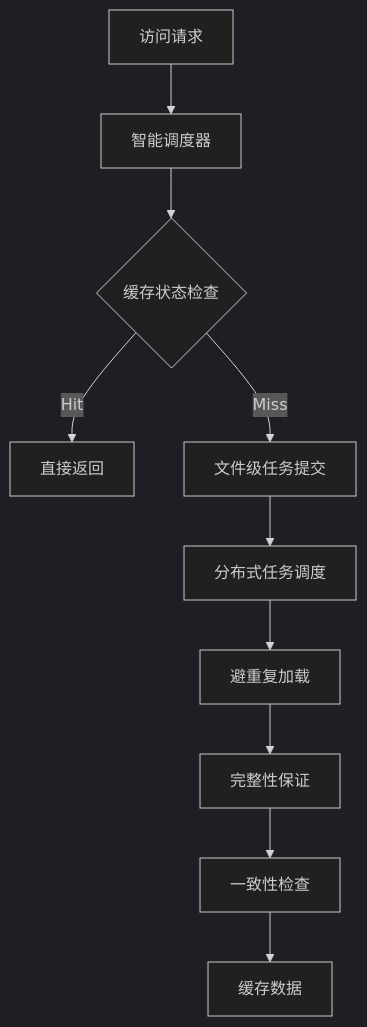
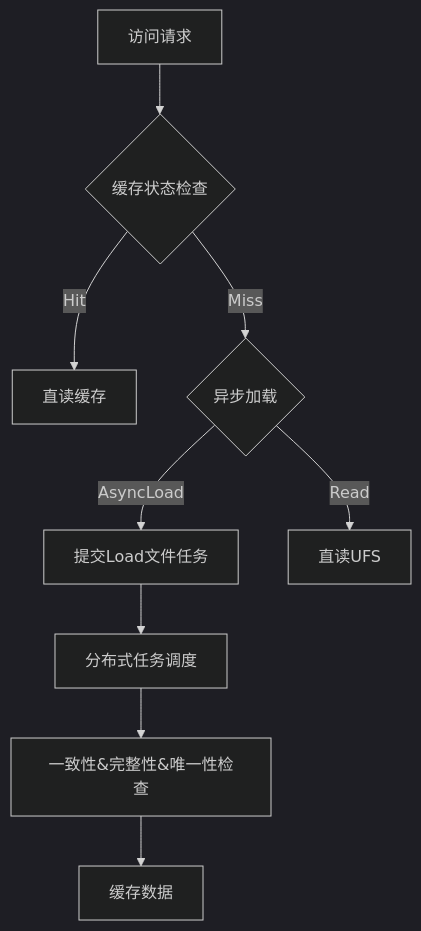
Before and after one commit to ziqonghuang/curvine-doc: the first of 3 diagrams in i18n/zh-cn/docusaurus-plugin-content-blog/2025-09-28-user-guide/index.md, drawn with Mermaid (dark theme). The commit also changed other lines of this file and 1 other file, not shown here.

````diff
--- a/i18n/zh-cn/docusaurus-plugin-content-blog/2025-09-28-user-guide/index.md
+++ b/i18n/zh-cn/docusaurus-plugin-content-blog/2025-09-28-user-guide/index.md
@@ -161,12 +144,11 @@
 ```mermaid
 graph TB
-    A[访问请求] --> B[智能调度器]
-    B --> C{缓存状态检查}
-    C -->|Hit| D[直接返回]
-    C -->|Miss| E[文件级任务提交]
+    A[访问请求] --> C{缓存状态检查}
+    C -->|Hit| D[直读缓存]
+    C -->|Miss| K{异步加载}
+    K-->|AsyncLoad| E[提交Load文件任务]
+    K-->|Read| L[直读UFS]
     E --> F[分布式任务调度]
-    F --> G[避重复加载]
-    G --> H[完整性保证]
-    H --> I[一致性检查]
-    I --> J[缓存数据]
+    F --> G[一致性&完整性&唯一性检查]
+    G--> J[缓存数据]
 ```
````
